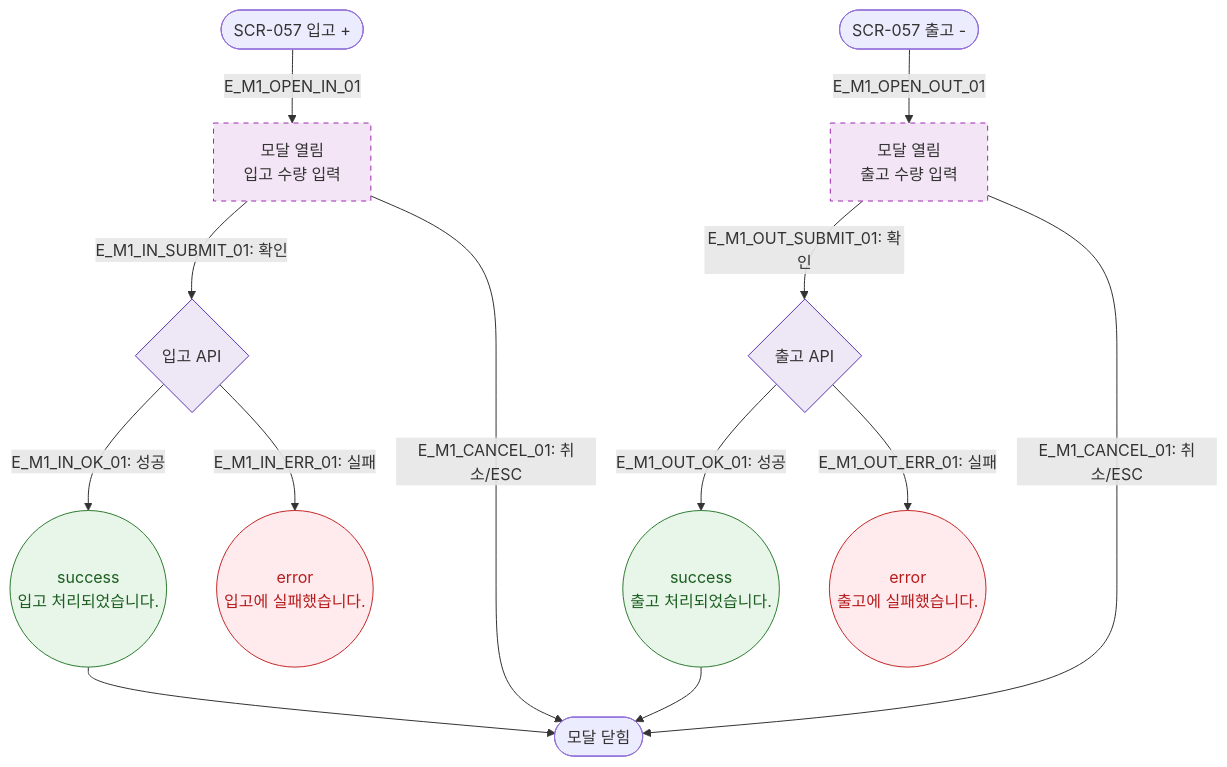
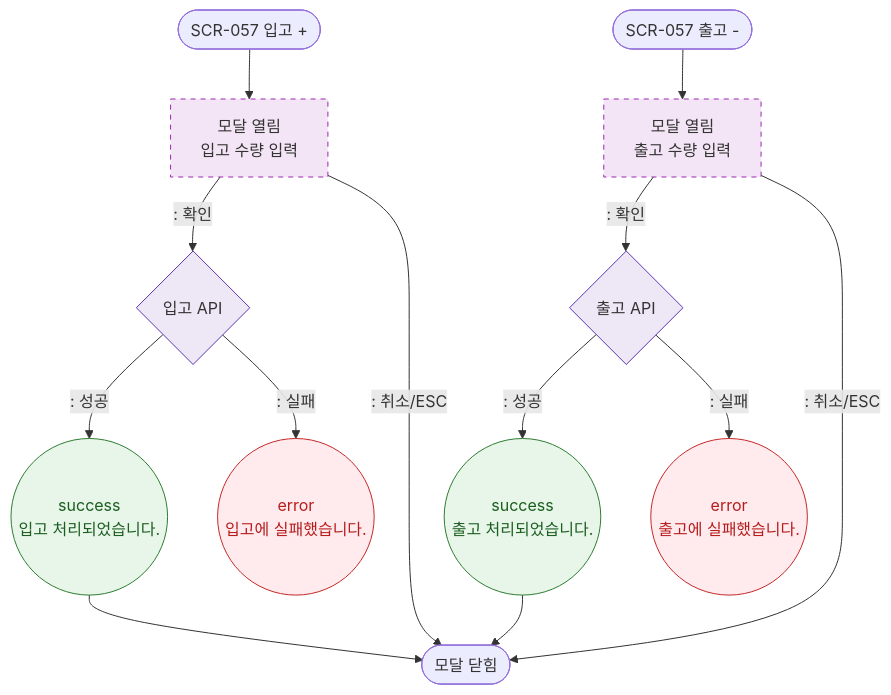
The diagram in docs/다이어그램/D06_시설관리/DLG/DLG-057-002_입출고처리/M1_생명주기.md (dev-spogym/admin-pando), drawn with Mermaid before and after one commit. The commit also changed other lines of this file and 1660 other files, not shown here.

First line of the commit message:
다이어그램: 기획자/클라이언트 납품본으로 정리

````diff
--- a/docs/다이어그램/D06_시설관리/DLG/DLG-057-002_입출고처리/M1_생명주기.md
+++ b/docs/다이어그램/D06_시설관리/DLG/DLG-057-002_입출고처리/M1_생명주기.md
@@ -16,25 +14,25 @@
 ```mermaid
 flowchart TD
-    TRIGGER_IN([SCR-057 입고 +]) -->|E_M1_OPEN_IN_01| OPEN_IN[모달 열림\n입고 수량 입력]
-    TRIGGER_OUT([SCR-057 출고 -]) -->|E_M1_OPEN_OUT_01| OPEN_OUT[모달 열림\n출고 수량 입력]
+    TRIGGER_IN([SCR-057 입고 +]) --> OPEN_IN[모달 열림\n입고 수량 입력]
+    TRIGGER_OUT([SCR-057 출고 -]) --> OPEN_OUT[모달 열림\n출고 수량 입력]
 
-    OPEN_IN -->|"E_M1_IN_SUBMIT_01: 확인"| InAPI{입고 API}
-    InAPI -->|"E_M1_IN_OK_01: 성공"| IN_SUCCESS((success\n입고 처리되었습니다.))
-    InAPI -->|"E_M1_IN_ERR_01: 실패"| IN_FAIL((error\n입고에 실패했습니다.))
+    OPEN_IN -->|": 확인"|InAPI{입고 API}
+    InAPI -->|": 성공"|IN_SUCCESS((success\n입고 처리되었습니다.))
+    InAPI -->|": 실패"|IN_FAIL((error\n입고에 실패했습니다.))
 
-    OPEN_OUT -->|"E_M1_OUT_SUBMIT_01: 확인"| OutAPI{출고 API}
-    OutAPI -->|"E_M1_OUT_OK_01: 성공"| OUT_SUCCESS((success\n출고 처리되었습니다.))
-    OutAPI -->|"E_M1_OUT_ERR_01: 실패"| OUT_FAIL((error\n출고에 실패했습니다.))
+    OPEN_OUT -->|": 확인"|OutAPI{출고 API}
+    OutAPI -->|": 성공"|OUT_SUCCESS((success\n출고 처리되었습니다.))
+    OutAPI -->|": 실패"|OUT_FAIL((error\n출고에 실패했습니다.))
 
-    OPEN_IN & OPEN_OUT -->|"E_M1_CANCEL_01: 취소/ESC"| CLOSED([모달 닫힘])
+    OPEN_IN & OPEN_OUT -->|": 취소/ESC"|CLOSED([모달 닫힘])
     IN_SUCCESS & OUT_SUCCESS --> CLOSED
 
     classDef newFeature fill:#F3E5F5,stroke:#9C27B0,stroke-dasharray:5 5
     classDef success fill:#E8F5E9,stroke:#2E7D32,color:#1B5E20
     classDef error fill:#FFEBEE,stroke:#C62828,color:#B71C1C
     classDef system fill:#EDE7F6,stroke:#5E35B2
     class OPEN_IN,OPEN_OUT newFeature
     class IN_SUCCESS,OUT_SUCCESS success
     class IN_FAIL,OUT_FAIL error
     class InAPI,OutAPI system
 ```
````
